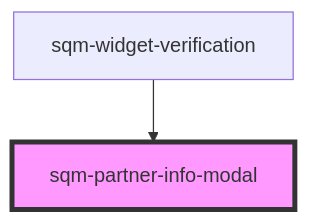
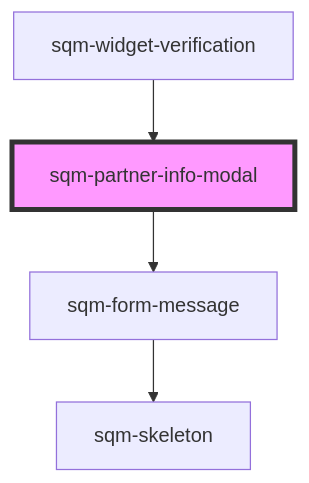
Before and after one commit to saasquatch/program-tools: the diagram in packages/mint-components/src/components/sqm-partner-info-modal/readme.md, drawn with Mermaid. The commit also changed other lines of this file and 18 other files, not shown here.

````diff
--- a/packages/mint-components/src/components/sqm-partner-info-modal/readme.md
+++ b/packages/mint-components/src/components/sqm-partner-info-modal/readme.md
@@ -41,5 +44,7 @@
 ```mermaid
 graph TD;
+  sqm-partner-info-modal --> sqm-form-message
+  sqm-form-message --> sqm-skeleton
   sqm-widget-verification --> sqm-partner-info-modal
   style sqm-partner-info-modal fill:#f9f,stroke:#333,stroke-width:4px
 ```
````
